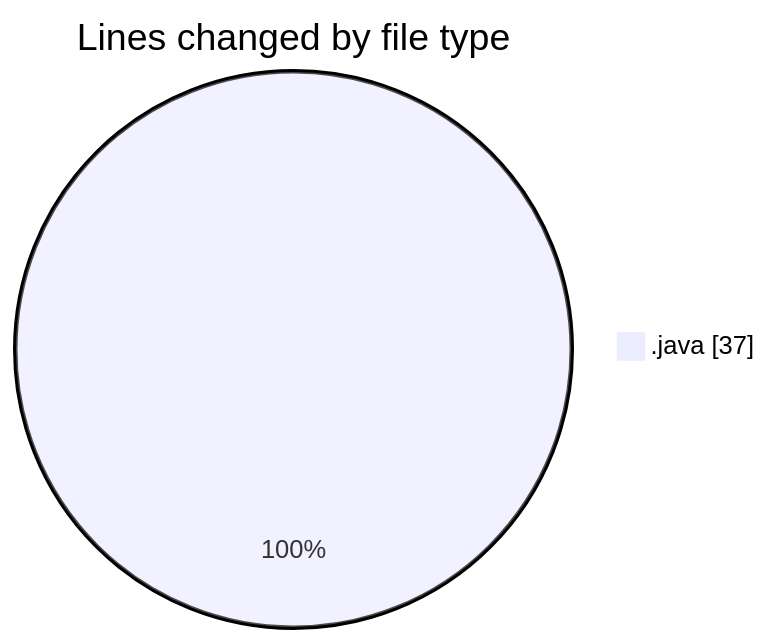
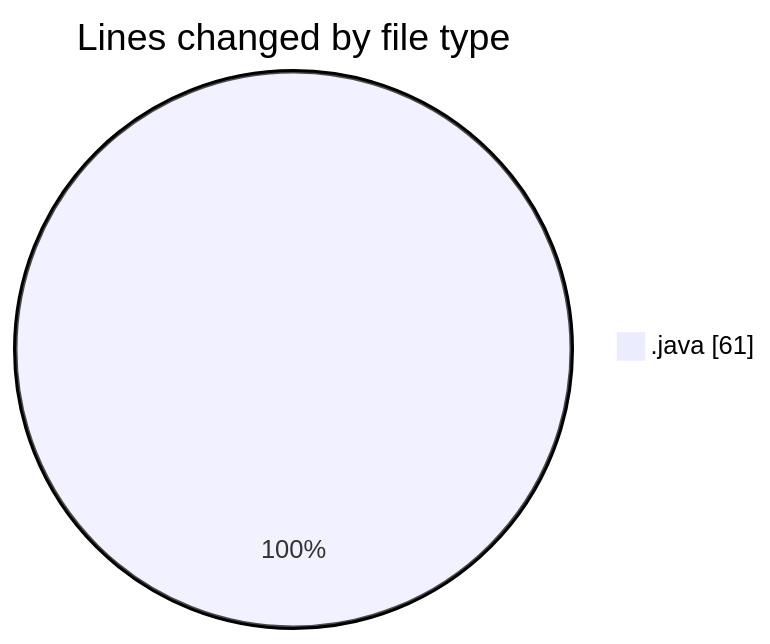
One commit to NitaiMahat/code-tracking changed the first of 2 diagrams in 2025-02-03/java/README.md. Above: the diagram before and after it, drawn with Mermaid. The commit also changed other lines of this file and 1 other file, not shown here.

````diff
--- a/2025-02-03/java/README.md
+++ b/2025-02-03/java/README.md
@@ -21,5 +21,5 @@
 ```mermaid
 pie showData
 title Lines changed by file type
-".java" : 37
+".java" : 61
 ```
````
